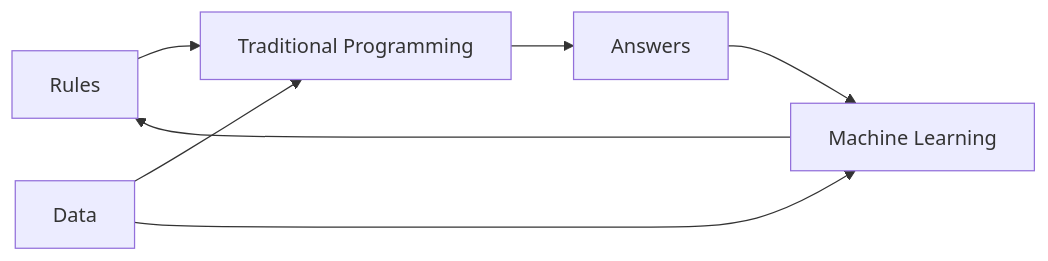
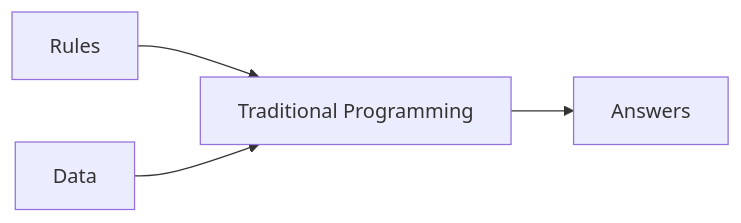
One commit to zanymuzik/notes changed the first of 2 diagrams in TF in Practice.md. Above: the diagram before and after it, drawn with Mermaid. The commit also changed other lines of this file, not shown here.

Commit message:
TF in Practice.md updated from https://stackedit.io/

````diff
--- a/TF in Practice.md
+++ b/TF in Practice.md
@@ -6,10 +6,6 @@
 ```mermaid
 graph LR
 Rules --> A[Traditional Programming]
 Data  --> A
 A --> Answers
-
-Answers --> B[Machine Learning]
-Data  --> B
-B --> Rules
 ```
````
